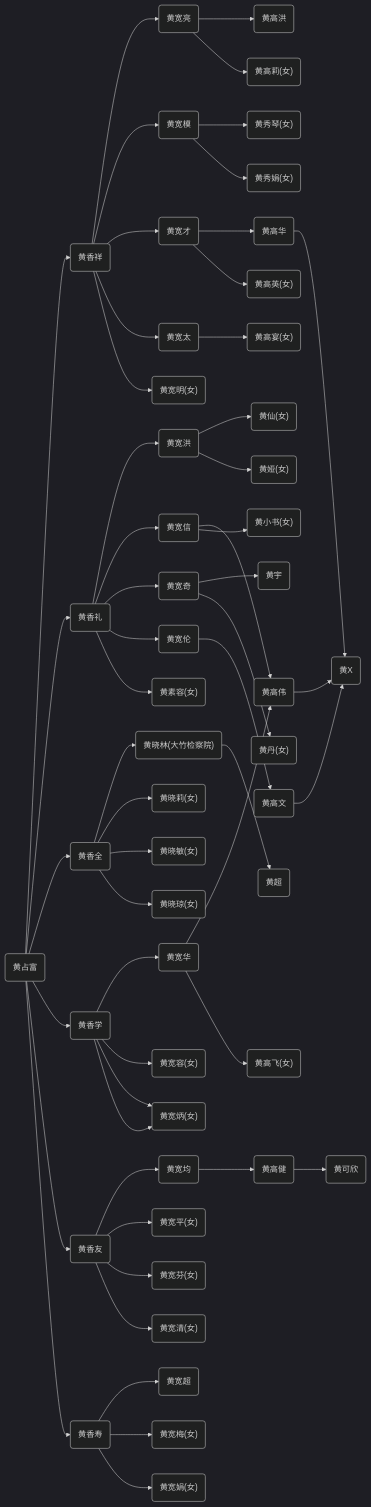
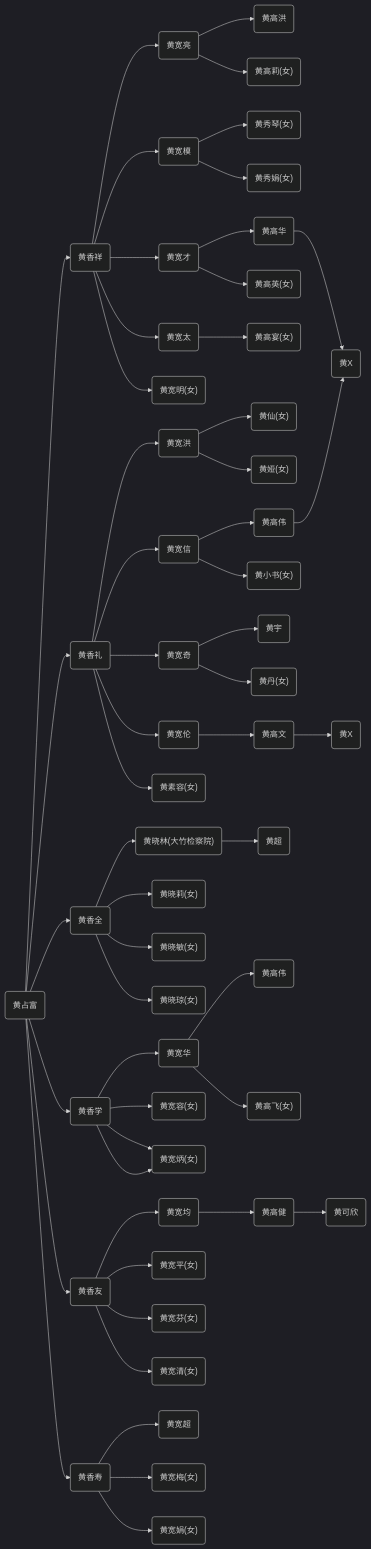
One commit to jeanim/jiapu changed the third of 5 diagrams in contents/chapter3.md. Above: the diagram before and after it, drawn with Mermaid (dark theme).

```diff
--- a/contents/chapter3.md
+++ b/contents/chapter3.md
@@ -117,56 +117,56 @@
 {% mermaid %}
 graph LR;
   huangzhanfu("黄占富")-->huangxiangxiang("黄香祥");
   huangxiangxiang("黄香祥")-->huangkuanliang("黄宽亮");
   huangkuanliang("黄宽亮")-->huanggaohong("黄高洪");
   huangkuanliang("黄宽亮")-->huanggaoli("黄高莉(女)");
   huangxiangxiang("黄香祥")-->huangkuanmo("黄宽模");
   huangkuanmo("黄宽模")-->huangxiuqin("黄秀琴(女)");
   huangkuanmo("黄宽模")-->huangxiujuan("黄秀娟(女)");
   huangxiangxiang("黄香祥")-->huangkuancai("黄宽才");
   huangkuancai("黄宽才")-->huanggaohua("黄高华");
   huanggaohua("黄高华")-->huangx("黄X");
   huangkuancai("黄宽才")-->huanggaoying("黄高英(女)");
   huangxiangxiang("黄香祥")-->huangkuantai("黄宽太");
   huangkuantai("黄宽太")-->huanggaoyan("黄高宴(女)");
   huangxiangxiang("黄香祥")-->huangkuanming("黄宽明(女)");
   huangzhanfu("黄占富")-->huangxiangli("黄香礼");
   huangxiangli("黄香礼")-->huangkuanhong("黄宽洪");
   huangkuanhong("黄宽洪")-->huangxian("黄仙(女)");
   huangkuanhong("黄宽洪")-->huangya("黄娅(女)");
   huangxiangli("黄香礼")-->huangkuanxin("黄宽信");
   huangkuanxin("黄宽信")-->huanggaowei("黄高伟");
   huanggaowei("黄高伟")-->huangx("黄X");
   huangkuanxin("黄宽信")-->huangxiaoshu("黄小书(女)");
   huangxiangli("黄香礼")-->huangkuanqi("黄宽奇");
   huangkuanqi("黄宽奇")-->huangyu("黄宇");
   huangkuanqi("黄宽奇")-->huangdan("黄丹(女)");
   huangxiangli("黄香礼")-->huangkuanlun("黄宽伦");
   huangkuanlun("黄宽伦")-->huanggaowen("黄高文");
-  huanggaowen("黄高文")-->huangx("黄X");
+  huanggaowen("黄高文")-->huangx2("黄X");
   huangxiangli("黄香礼")-->huangsurong("黄素容(女)");
   huangzhanfu("黄占富")-->huangxiangquan("黄香全");
   huangxiangquan("黄香全")-->huagnxiaolin("黄晓林(大竹检察院)");
   huagnxiaolin("黄晓林(大竹检察院)")-->huangchao("黄超");
   huangxiangquan("黄香全")-->huagnxiaoli("黄晓莉(女)");
   huangxiangquan("黄香全")-->huagnxiaomin("黄晓敏(女)");
   huangxiangquan("黄香全")-->huagnxiaoqiong("黄晓琼(女)");
   huangzhanfu("黄占富")-->huangxiangxue("黄香学");
   huangxiangxue("黄香学")-->huangkuanhua("黄宽华");
-  huangkuanhua("黄宽华")-->huanggaowei("黄高伟");
+  huangkuanhua("黄宽华")-->huanggaowei2("黄高伟");
   huangkuanhua("黄宽华")-->huanggaofei("黄高飞(女)");
   huangxiangxue("黄香学")-->huangkuanrong("黄宽容(女)");
   huangxiangxue("黄香学")-->huangkuan("黄宽碧(女)");
   huangxiangxue("黄香学")-->huangkuan("黄宽炳(女)");
   huangzhanfu("黄占富")-->huangxiangyou("黄香友");
   huangxiangyou("黄香友")-->huangkuanjun("黄宽均");
   huangkuanjun("黄宽均")-->huanggaojian("黄高健");
   huanggaojian("黄高健")-->huangkexin("黄可欣");
   huangxiangyou("黄香友")-->huangkuanping("黄宽平(女)");
   huangxiangyou("黄香友")-->huangkuanfen("黄宽芬(女)");
   huangxiangyou("黄香友")-->huangkuanqing("黄宽清(女)");
   huangzhanfu("黄占富")-->huangxiangshou("黄香寿");
   huangxiangshou("黄香寿")-->huangkuanchao("黄宽超");
   huangxiangshou("黄香寿")-->huangkuanmei("黄宽梅(女)");
   huangxiangshou("黄香寿")-->huangkuanjuan("黄宽娟(女)");
 {% endmermaid %}
```
